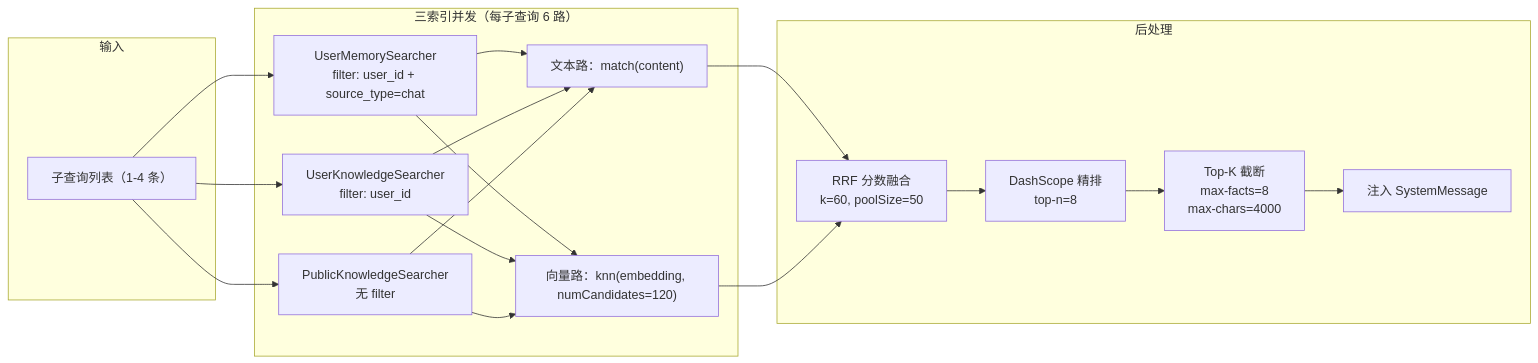
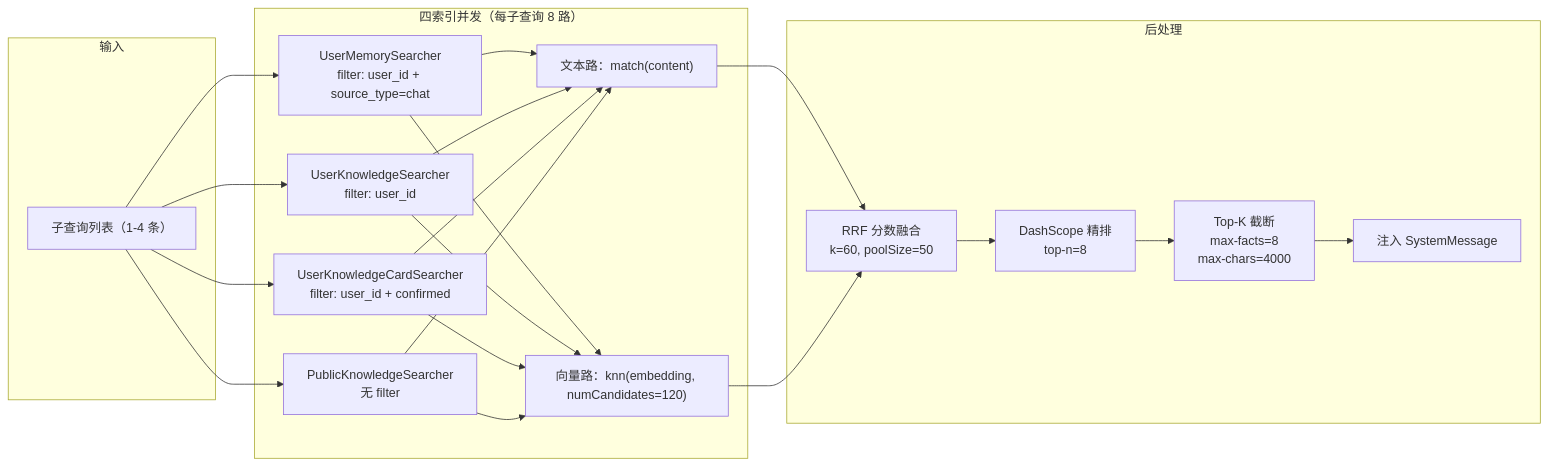
The third of 3 diagrams in document/模块要点/模块7-RAG检索增强管线.md (Yuyu123fish/Fish-Agent), drawn with Mermaid before and after one commit. The commit also changed other lines of this file and 92 other files, not shown here.

````diff
--- a/document/模块要点/模块7-RAG检索增强管线.md
+++ b/document/模块要点/模块7-RAG检索增强管线.md
@@ -134,25 +136,26 @@
 ```mermaid
 flowchart LR
     subgraph Input["输入"]
         Q["子查询列表（1-4 条）"]
     end
 
-    subgraph Search["三索引并发（每子查询 6 路）"]
+    subgraph Search["四索引并发（每子查询 8 路）"]
         S1["UserMemorySearcher<br/>filter: user_id + source_type=chat"]
         S2["UserKnowledgeSearcher<br/>filter: user_id"]
-        S3["PublicKnowledgeSearcher<br/>无 filter"]
+        S3["UserKnowledgeCardSearcher<br/>filter: user_id + confirmed"]
+        S4["PublicKnowledgeSearcher<br/>无 filter"]
         T1["文本路：match(content)"]
         V1["向量路：knn(embedding, numCandidates=120)"]
     end
 
     subgraph Post["后处理"]
         Fusion["RRF 分数融合<br/>k=60, poolSize=50"]
         Rerank["DashScope 精排<br/>top-n=8"]
         TopK["Top-K 截断<br/>max-facts=8<br/>max-chars=4000"]
         Inject["注入 SystemMessage"]
     end
 
-    Q --> S1 & S2 & S3
-    S1 & S2 & S3 --> T1 & V1
+    Q --> S1 & S2 & S3 & S4
+    S1 & S2 & S3 & S4 --> T1 & V1
     T1 & V1 --> Fusion --> Rerank --> TopK --> Inject
 ```
````
